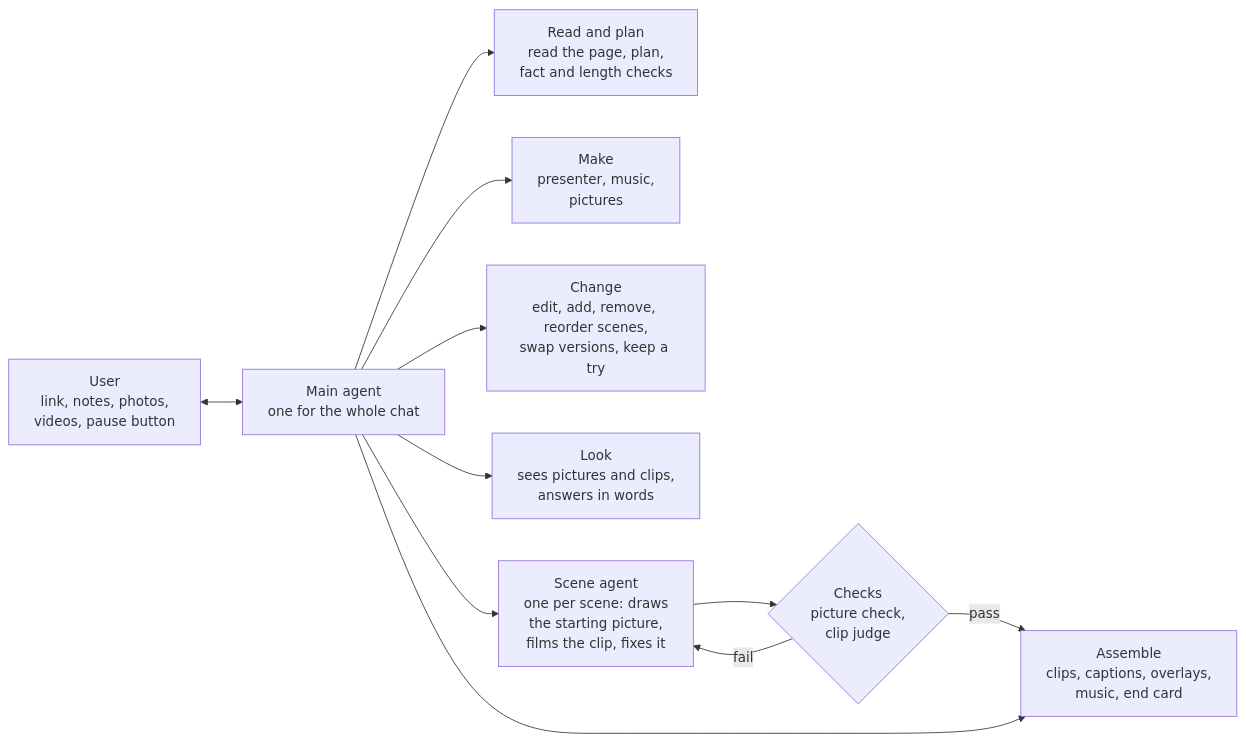
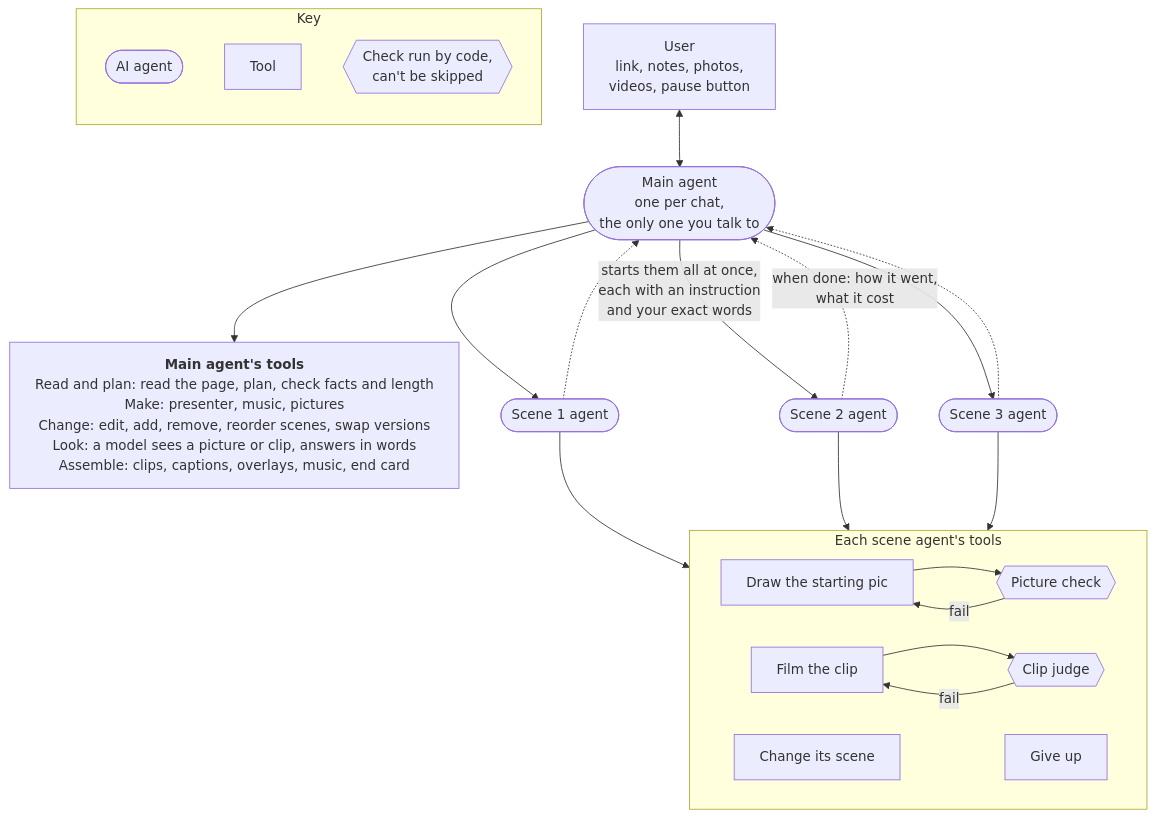
One commit to Julian-Win-Stack/adforge changed the diagram in docs/readme/how-it-works.mmd. Above: the diagram before and after it, drawn with Mermaid. The commit also changed 3 other files, not shown here.

First line of the commit message:
Show the main agent and scene agents clearly in the README

```diff
--- a/docs/readme/how-it-works.mmd
+++ b/docs/readme/how-it-works.mmd
@@ -1,11 +1,29 @@
-flowchart LR
-    O[User<br/>link, notes, photos,<br/>videos, pause button] <--> P[Main agent<br/>one for the whole chat]
-    P --> R[Read and plan<br/>read the page, plan,<br/>fact and length checks]
-    P --> M[Make<br/>presenter, music,<br/>pictures]
-    P --> E[Change<br/>edit, add, remove, reorder scenes,<br/>swap versions, keep a try]
-    P --> L[Look<br/>sees pictures and clips,<br/>answers in words]
-    P --> S[Scene agent<br/>one per scene: draws<br/>the starting picture,<br/>films the clip, fixes it]
-    S --> C{Checks<br/>picture check,<br/>clip judge}
-    C -- fail --> S
-    C -- pass --> A[Assemble<br/>clips, captions, overlays,<br/>music, end card]
-    P --> A
+%%{init: {"flowchart": {"wrappingWidth": 500}, "fontFamily": "Inter"}}%%
+flowchart TB
+    U[User<br/>link, notes, photos,<br/>videos, pause button] <--> M(["Main agent<br/>one per chat,<br/>the only one you talk to"])
+
+    M --> T["<b>Main agent's tools</b><br/>Read and plan: read the page, plan, check facts and length<br/>Make: presenter, music, pictures<br/>Change: edit, add, remove, reorder scenes, swap versions<br/>Look: a model sees a picture or clip, answers in words<br/>Assemble: clips, captions, overlays, music, end card"]
+
+    M --> S1(["Scene 1 agent"])
+    M -- "starts them all at once,<br/>each with an instruction<br/>and your exact words" --> S2(["Scene 2 agent"])
+    M --> S3(["Scene 3 agent"])
+    S1 -.-> M
+    S2 -. "when done: how it went,<br/>what it cost" .-> M
+    S3 -.-> M
+
+    subgraph ST["Each scene agent's tools"]
+        D[Draw the starting pic] --> PC{{Picture check}}
+        PC -- fail --> D
+        F[Film the clip] --> CJ{{Clip judge}}
+        CJ -- fail --> F
+        C[Change its scene] ~~~ G[Give up]
+    end
+
+    S1 & S2 & S3 --> ST
+
+    subgraph KEY["Key"]
+        direction TB
+        K1([AI agent])
+        K2[Tool]
+        K3{{Check run by code,<br/>can't be skipped}}
+    end
```
